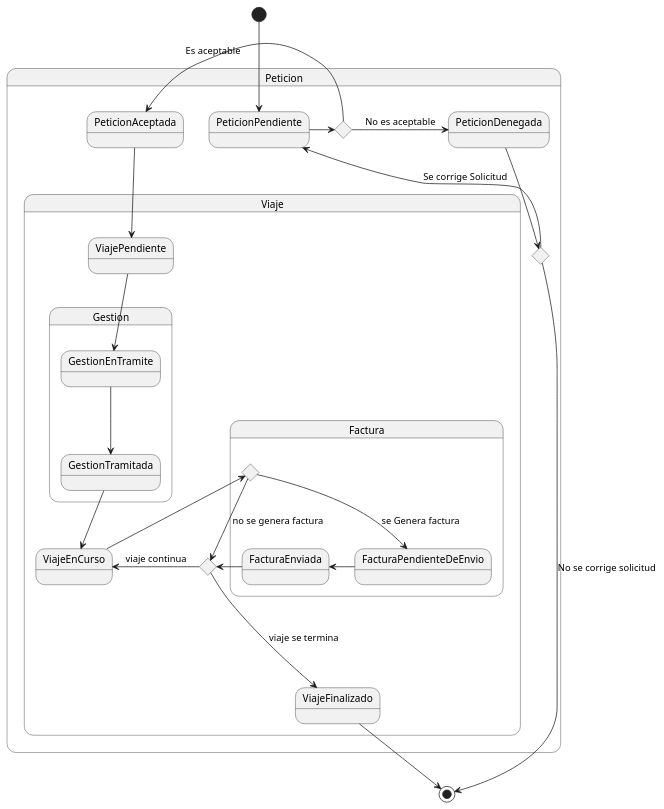
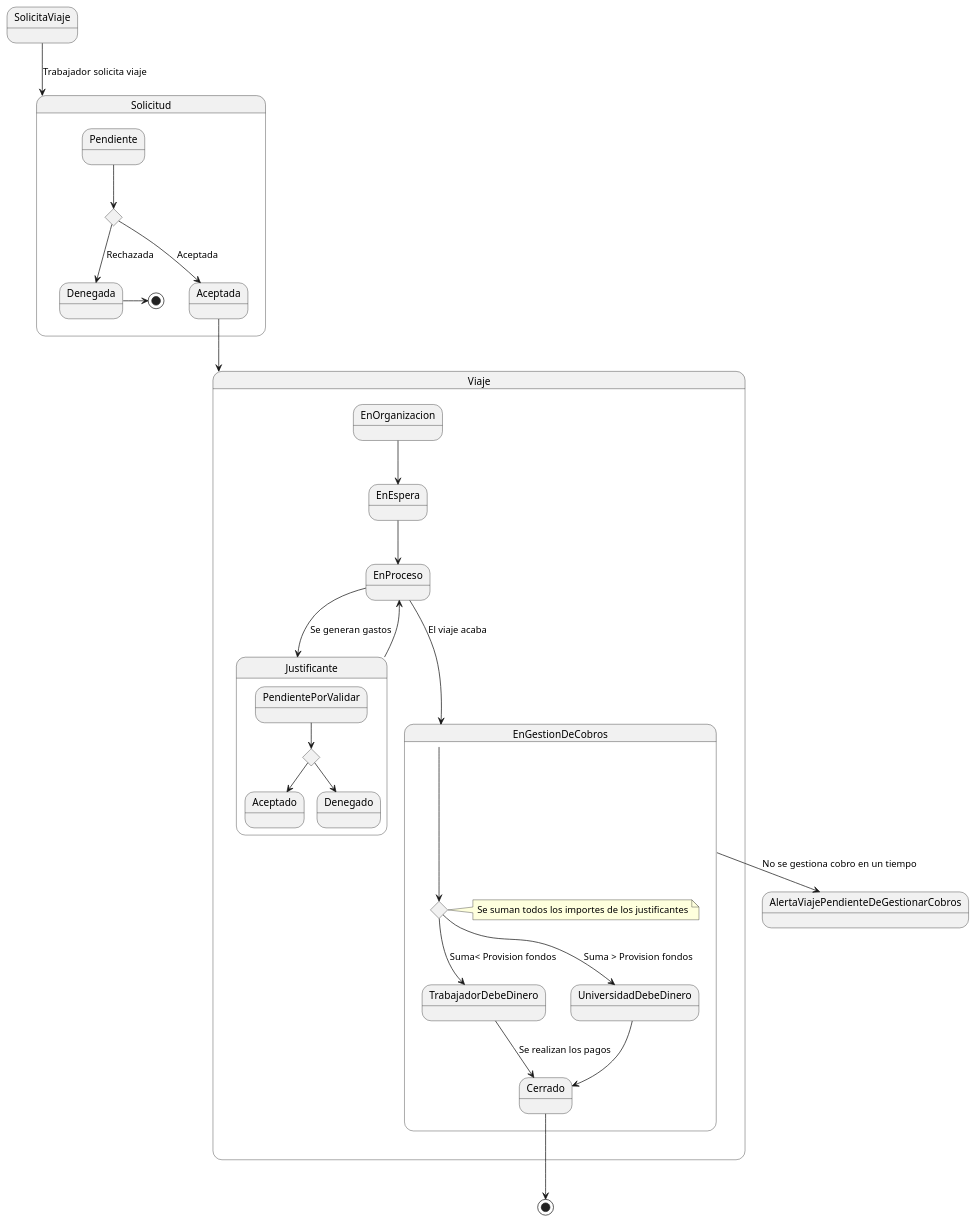
Before and after one commit to mmasias/IdSw1-22-23: the diagram in 000-entregas/Grupo3/estados/DiagramaEstados.puml, drawn with PlantUML. The commit also changed 35 other files, not shown here.

```diff
--- a/000-entregas/Grupo3/estados/DiagramaEstados.puml
+++ b/000-entregas/Grupo3/estados/DiagramaEstados.puml
@@ -1,40 +1,42 @@
 @startuml
-State Peticion {
+SolicitaViaje --> Solicitud : Trabajador solicita viaje
+
+state AlertaViajePendienteDeGestionarCobros {
+}
+
+State Viaje{
+  EnOrganizacion --> EnEspera
+  EnEspera --> EnProceso
+  EnProceso --> Justificante : Se generan gastos
+State EnGestionDeCobros {
+   state h <<choice>>
+note right of h
+  Se suman todos los importes de los justificantes
+end note
+   EnGestionDeCobros --> h
+   h --> TrabajadorDebeDinero : Suma< Provision fondos
+   h --> UniversidadDebeDinero : Suma > Provision fondos
+   TrabajadorDebeDinero --> Cerrado : Se realizan los pagos
+   UniversidadDebeDinero --> Cerrado
+   EnGestionDeCobros --> AlertaViajePendienteDeGestionarCobros : No se gestiona cobro en un tiempo
+}
+
+Justificante --> EnProceso
+  EnProceso --> EnGestionDeCobros : El viaje acaba
+}
+State Justificante{
+  state b <<choice>>
+  PendientePorValidar --> b
+  b --> Aceptado
+  b --> Denegado
+}
+State Solicitud{
   state c <<choice>>
-  PeticionPendiente -> c  
-  c --r> PeticionDenegada : No es aceptable
-  c --l> PeticionAceptada : Es aceptable
-
-  state c1 <<choice>>
-  PeticionDenegada --> c1 
-  PeticionPendiente <--- c1 : Se corrige Solicitud
-
-
-  State Viaje{
-    state c3 <<choice>>
-    PeticionAceptada --> ViajePendiente
-
-    State Gestion{
-      ViajePendiente --> GestionEnTramite
-      GestionEnTramite --> GestionTramitada
-    }
-    
-    GestionTramitada -->  ViajeEnCurso
-
-    State Factura{
-      state c2 <<choice>>
-      ViajeEnCurso ---r> c2
-      c2 --> FacturaPendienteDeEnvio :se Genera factura
-      c2 ----> c3 : no se genera factura
-      FacturaPendienteDeEnvio -l> FacturaEnviada
-    }
-      
-    FacturaEnviada --l> c3 
-    ViajeEnCurso <r--- c3 : viaje continua
-    c3 ---> ViajeFinalizado :viaje se termina  
-  }
+  Pendiente --> c
+  c --> Denegada : Rechazada
+  c --> Aceptada : Aceptada
+  Aceptada --> Viaje
+  Denegada -> [*]
 }
-[*] --> PeticionPendiente
-c1 --> [*] : No se corrige solicitud
-ViajeFinalizado --> [*] 
+Cerrado --> [*]
 @enduml
```
